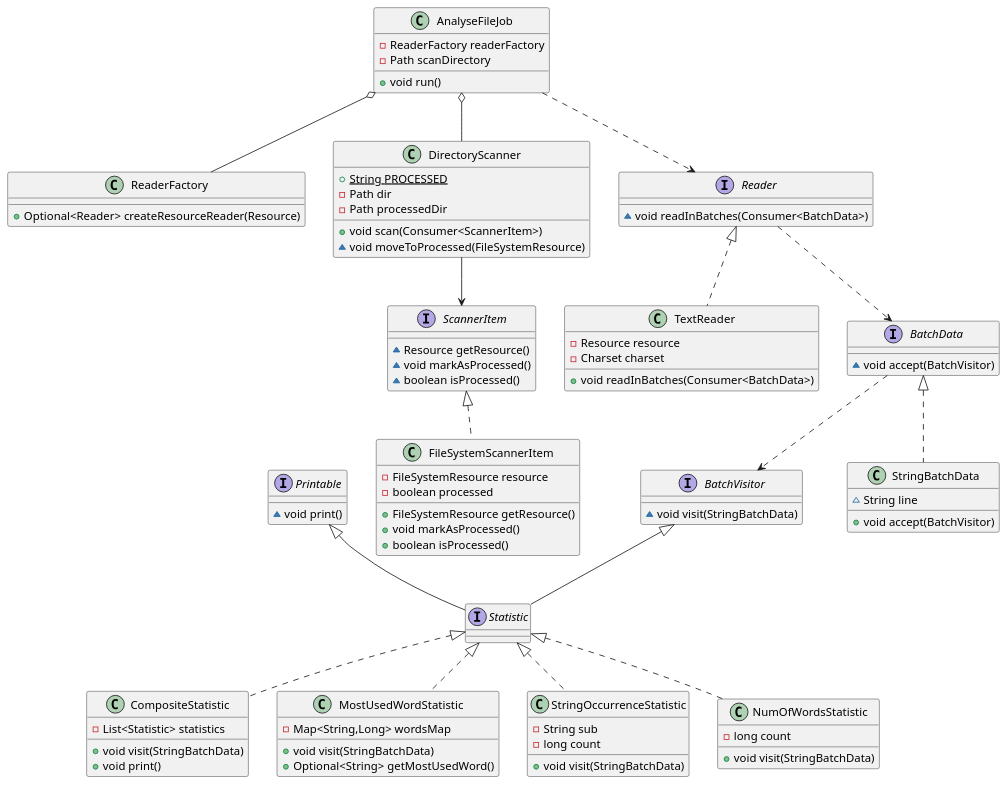
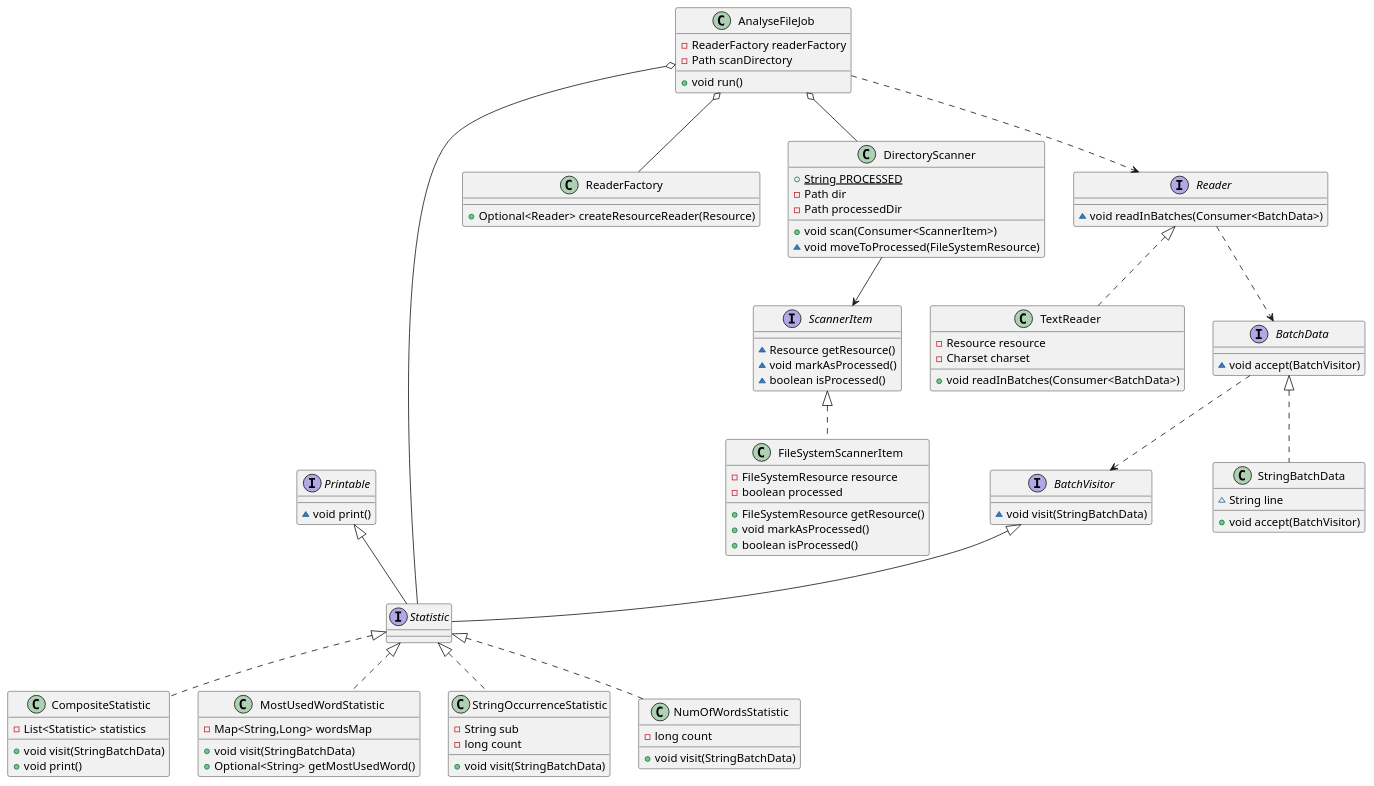
One commit to lookassh/hicx changed the diagram in diagrams/class-diagram.puml. Above: the diagram before and after it, drawn with PlantUML.

Commit message:
class diagran update

```diff
--- a/diagrams/class-diagram.puml
+++ b/diagrams/class-diagram.puml
@@ -1,91 +1,92 @@
 @startuml
 interface Statistic {
 }
 interface Printable {
 ~ void print()
 }
 class CompositeStatistic {
 - List<Statistic> statistics
 + void visit(StringBatchData)
 + void print()
 }
 class MostUsedWordStatistic {
 - Map<String,Long> wordsMap
 + void visit(StringBatchData)
 + Optional<String> getMostUsedWord()
 }
 class ReaderFactory {
 + Optional<Reader> createResourceReader(Resource)
 }
 class StringOccurrenceStatistic {
 - String sub
 - long count
 + void visit(StringBatchData)
 }
 interface BatchVisitor {
 ~ void visit(StringBatchData)
 }
 class AnalyseFileJob {
 - ReaderFactory readerFactory
 - Path scanDirectory
 + void run()
 }
 class DirectoryScanner {
 + {static} String PROCESSED
 - Path dir
 - Path processedDir
 + void scan(Consumer<ScannerItem>)
 ~ void moveToProcessed(FileSystemResource)
 }
 class FileSystemScannerItem {
 - FileSystemResource resource
 - boolean processed
 + FileSystemResource getResource()
 + void markAsProcessed()
 + boolean isProcessed()
 }
 interface Reader {
 ~ void readInBatches(Consumer<BatchData>)
 }
 class TextReader {
 - Resource resource
 - Charset charset
 + void readInBatches(Consumer<BatchData>)
 }
 interface BatchData {
 ~ void accept(BatchVisitor)
 }
 class NumOfWordsStatistic {
 - long count
 + void visit(StringBatchData)
 }
 class StringBatchData {
 ~ String line
 + void accept(BatchVisitor)
 }
 interface ScannerItem {
 ~ Resource getResource()
 ~ void markAsProcessed()
 ~ boolean isProcessed()
 }
 
 BatchVisitor <|-- Statistic
 Printable <|-- Statistic
 Statistic <|.. MostUsedWordStatistic
 Statistic <|.. StringOccurrenceStatistic
 Statistic <|.. NumOfWordsStatistic
 Statistic <|.. CompositeStatistic
 ScannerItem <|.. FileSystemScannerItem
 Reader <|.. TextReader
 BatchData <|.. StringBatchData
 BatchData ..> BatchVisitor
 
 AnalyseFileJob o-- ReaderFactory
 AnalyseFileJob o-- DirectoryScanner
+AnalyseFileJob o-- Statistic
 
 Reader ..> BatchData
 
 DirectoryScanner --> ScannerItem
 AnalyseFileJob ..> Reader
 
 @enduml
```
